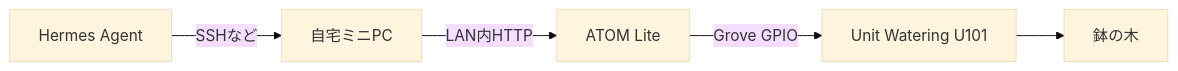
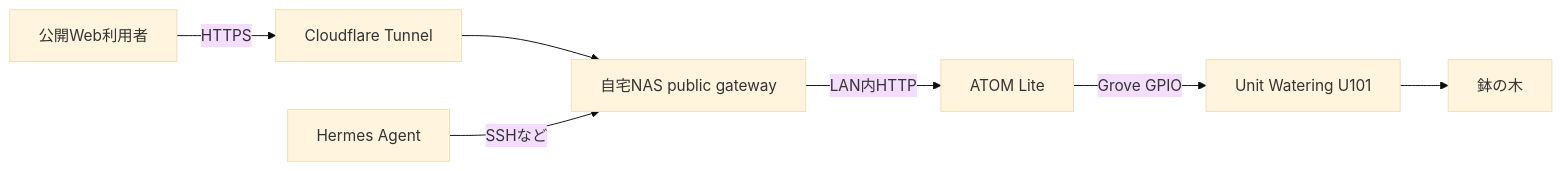
One commit to kandotrun/tree changed the first of 3 diagrams in docs/system-design.md. Above: the diagram before and after it, drawn with Mermaid (base theme). The commit also changed other lines of this file and 34 other files, not shown here.

First line of the commit message:
feat: add bounded public gateway and moisture telemetry (#6)

````diff
--- a/docs/system-design.md
+++ b/docs/system-design.md
@@ -13,7 +13,9 @@
 ```mermaid
 flowchart LR
-    H[Hermes Agent] -->|SSHなど| M[自宅ミニPC]
+    W[公開Web利用者] -->|HTTPS| C[Cloudflare Tunnel]
+    C --> M[自宅NAS public gateway]
+    H[Hermes Agent] -->|SSHなど| M
     M -->|LAN内HTTP| A[ATOM Lite]
     A -->|Grove GPIO| U[Unit Watering U101]
     U --> P[鉢の木]
 ```
````
